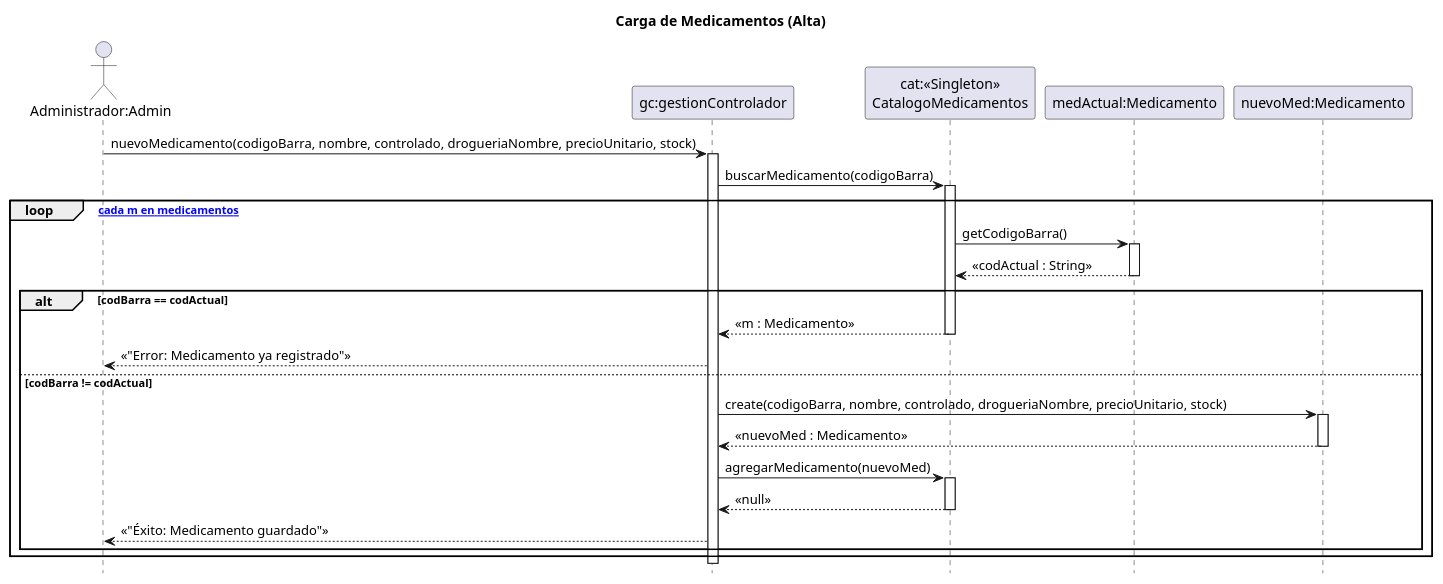
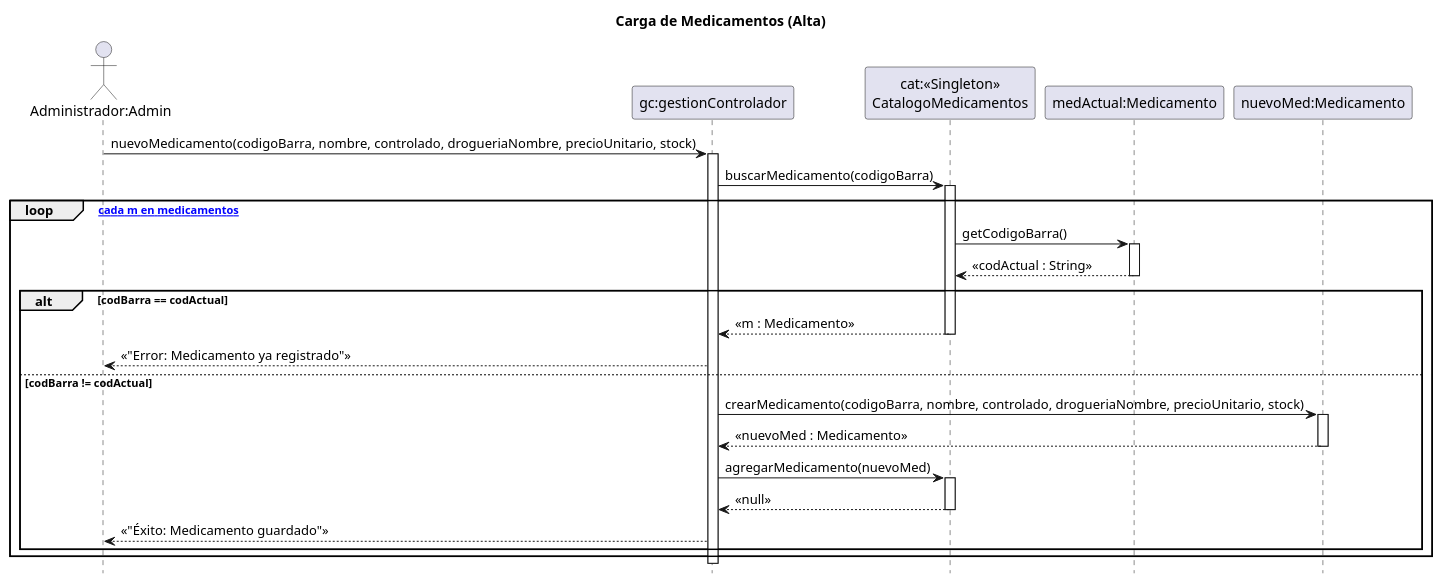
One commit to zEzequR/PF-I changed the diagram in 08 - Diagramas de Secuencia de Diseño/CargaMedicamentos/CargaMedicamentos.puml. Above: the diagram before and after it, drawn with PlantUML. The commit also changed 3 other files, not shown here.

Commit message:
Diagrama de diseño-Carga

```diff
--- a/08 - Diagramas de Secuencia de Diseño/CargaMedicamentos/CargaMedicamentos.puml
+++ b/08 - Diagramas de Secuencia de Diseño/CargaMedicamentos/CargaMedicamentos.puml
@@ -1,51 +1,51 @@
 @startuml
 title Carga de Medicamentos (Alta)
 
 hide footbox
 
 actor "Administrador:Admin" as admin
 participant "gc:gestionControlador" as ctrl
 participant "cat:<<Singleton>>\nCatalogoMedicamentos" as cat
 participant "medActual:Medicamento" as med_actual
 participant "nuevoMed:Medicamento" as nuevo_med
 
 admin -> ctrl : nuevoMedicamento(codigoBarra, nombre, controlado, drogueriaNombre, precioUnitario, stock)
 activate ctrl
 
 ctrl -> cat : buscarMedicamento(codigoBarra)
 activate cat
 
 loop [para cada m en medicamentos]
     cat -> med_actual : getCodigoBarra()
     activate med_actual
     med_actual --> cat : << codActual : String >>
     deactivate med_actual
     
     alt codBarra == codActual
         cat --> ctrl : << m : Medicamento >>
         deactivate cat
         
         ctrl --> admin : << "Error: Medicamento ya registrado" >>
 
     else codBarra != codActual
 
         deactivate cat
         
-        ctrl -> nuevo_med : create(codigoBarra, nombre, controlado, drogueriaNombre, precioUnitario, stock)
+        ctrl -> nuevo_med : crearMedicamento(codigoBarra, nombre, controlado, drogueriaNombre, precioUnitario, stock)
         activate nuevo_med
         nuevo_med --> ctrl : << nuevoMed : Medicamento >>
         deactivate nuevo_med
 
         ctrl -> cat : agregarMedicamento(nuevoMed)
         activate cat
         
         cat --> ctrl : << null >>
         deactivate cat
         
         ctrl --> admin : << "Éxito: Medicamento guardado" >>
         
     end
 end
 
 deactivate ctrl
 @enduml
```
